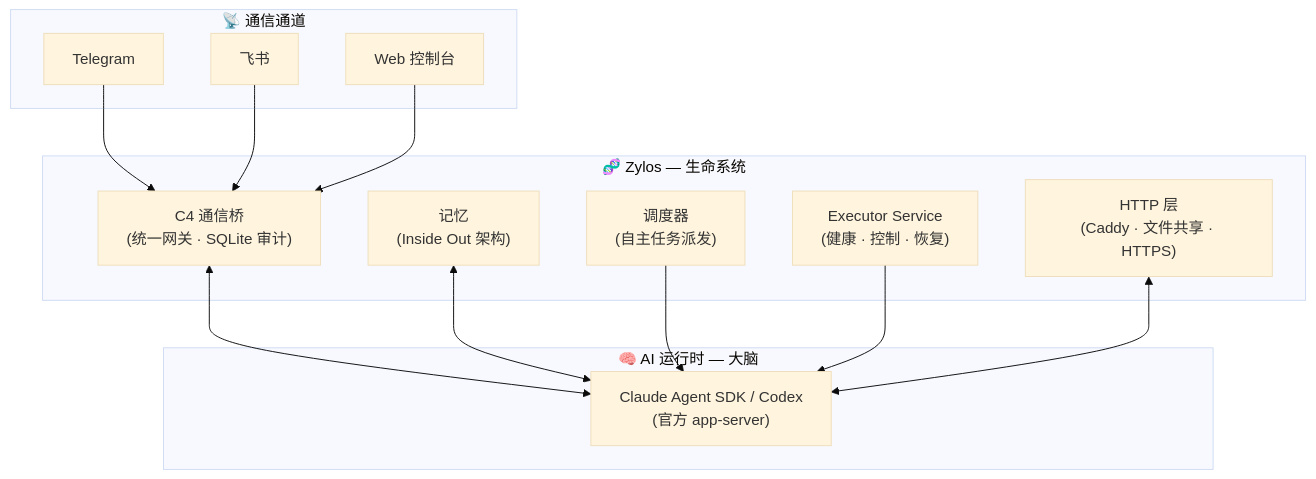
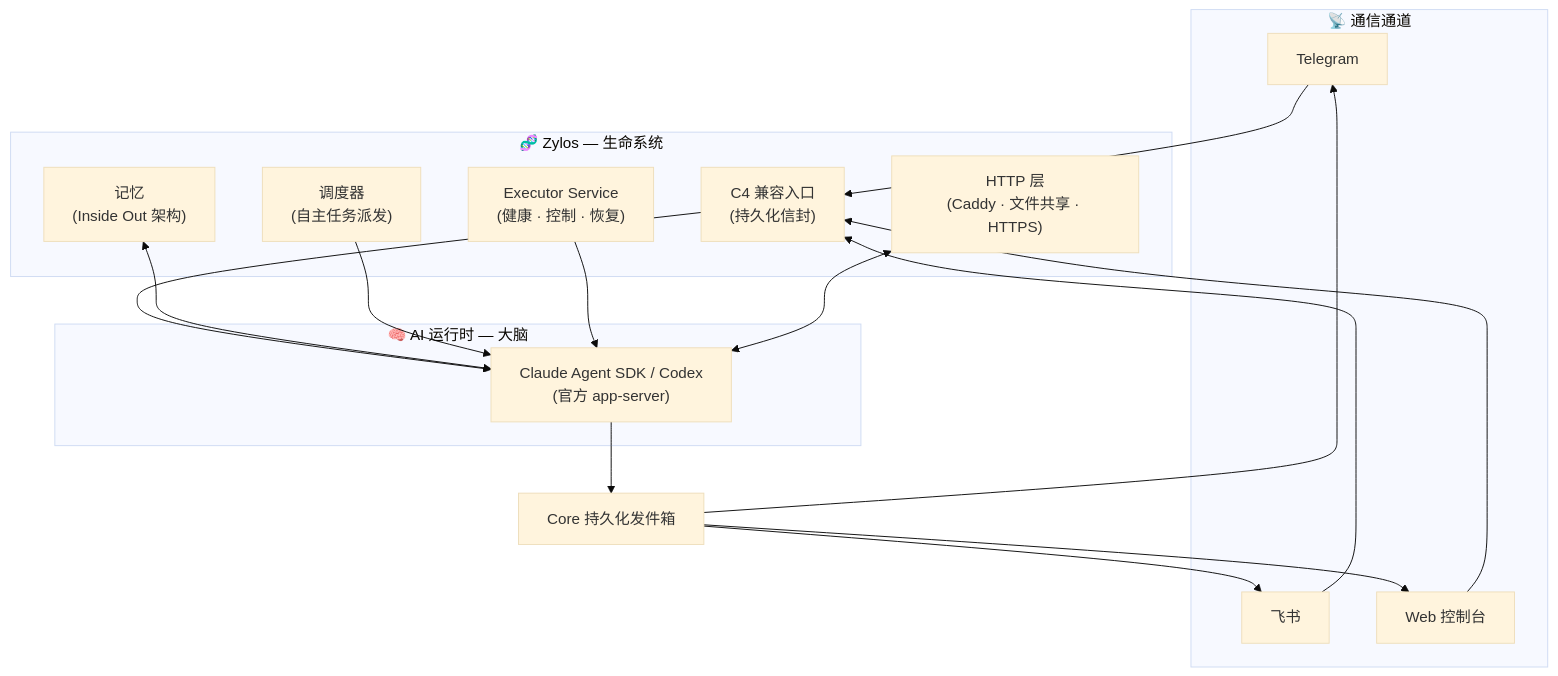
Before and after one commit to YvanJiang/zylos-core: the diagram in README.zh-CN.md, drawn with Mermaid (base theme). The commit also changed other lines of this file and 1 other file, not shown here.

Commit message:
docs(runtime): align Chinese architecture guidance

````diff
--- a/README.zh-CN.md
+++ b/README.zh-CN.md
@@ -195,27 +195,29 @@
 ```mermaid
 graph TB
     subgraph Channels["📡 通信通道"]
         TG["Telegram"]
         LK["飞书"]
         WC["Web 控制台"]
     end
 
     subgraph Zylos["🧬 Zylos — 生命系统"]
-        C4["C4 通信桥<br/>(统一网关 · SQLite 审计)"]
+        C4["C4 兼容入口<br/>(持久化信封)"]
         MEM["记忆<br/>(Inside Out 架构)"]
         SCH["调度器<br/>(自主任务派发)"]
         AM["Executor Service<br/>(健康 · 控制 · 恢复)"]
         HTTP["HTTP 层<br/>(Caddy · 文件共享 · HTTPS)"]
     end
 
     subgraph Brain["🧠 AI 运行时 — 大脑"]
         CC["Claude Agent SDK / Codex<br/>(官方 app-server)"]
     end
 
     TG & LK & WC --> C4
-    C4 <--> CC
+    C4 --> CC
+    CC --> C4OUT["Core 持久化发件箱"]
+    C4OUT --> TG & LK & WC
     MEM <--> CC
     SCH --> CC
     AM --> CC
     HTTP <--> CC
 ```
````
